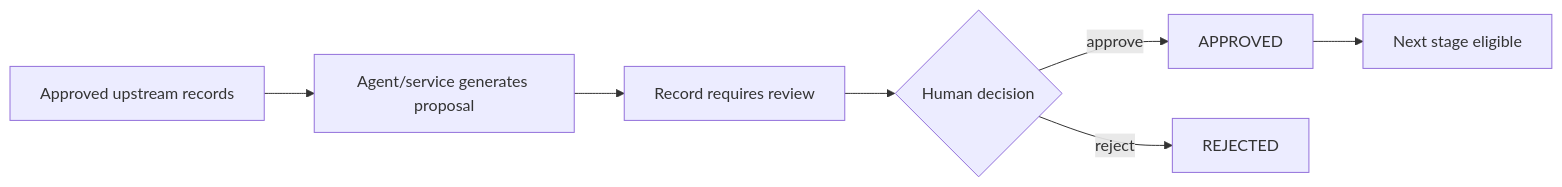
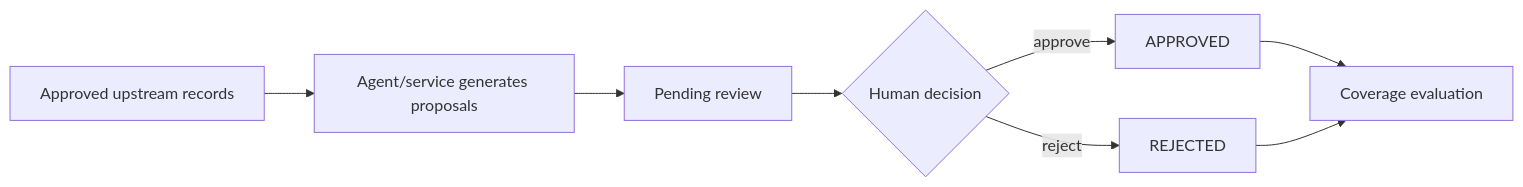
One commit to amin076/tital changed the third of 3 diagrams in docs/architecture/workflow-architecture.md. Above: the diagram before and after it, drawn with Mermaid. The commit also changed other lines of this file, not shown here.

Commit message:
docs: refresh workflow architecture after persisted web MVP

````diff
--- a/docs/architecture/workflow-architecture.md
+++ b/docs/architecture/workflow-architecture.md
@@ -72,14 +97,14 @@
 ```mermaid
 graph LR
     A[Approved upstream records]
-    M[Agent/service generates proposal]
-    R[Record requires review]
+    M[Agent/service generates proposals]
+    R[Pending review]
     H{Human decision}
     OK[APPROVED]
     NO[REJECTED]
-    N[Next stage eligible]
+    N[Coverage evaluation]
 
     A --> M --> R --> H
     H -->|approve| OK --> N
-    H -->|reject| NO
+    H -->|reject| NO --> N
 ```
````
